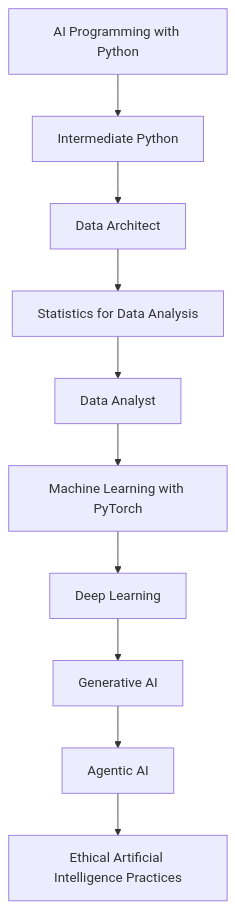
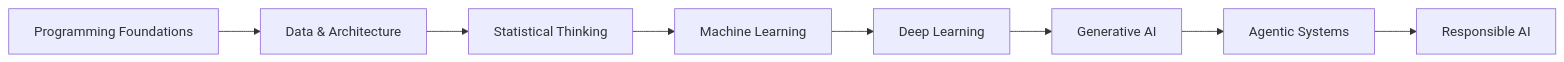
One commit to SwimLane2/udacity-ai-masters changed the diagram in README.md. Above: the diagram before and after it, drawn with Mermaid.

````diff
--- a/README.md
+++ b/README.md
@@ -42,13 +40,14 @@
 ```mermaid
-flowchart TD
+flowchart LR
 
-    A[AI Programming with Python] --> B[Intermediate Python]
-    B --> C[Data Architect]
-    C --> D[Statistics for Data Analysis]
-    D --> E[Data Analyst]
-    E --> F[Machine Learning with PyTorch]
-    F --> G[Deep Learning]
-    G --> H[Generative AI]
-    H --> I[Agentic AI]
-    I --> J[Ethical Artificial Intelligence Practices]
+    A[Programming Foundations]
+    B[Data & Architecture]
+    C[Statistical Thinking]
+    D[Machine Learning]
+    E[Deep Learning]
+    F[Generative AI]
+    G[Agentic Systems]
+    H[Responsible AI]
+
+    A --> B --> C --> D --> E --> F --> G --> H
 ```
````
